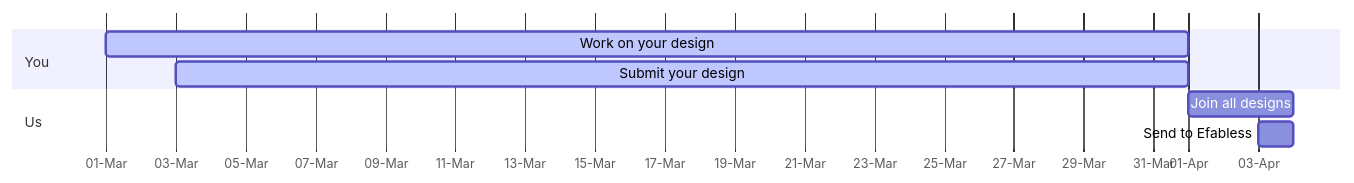
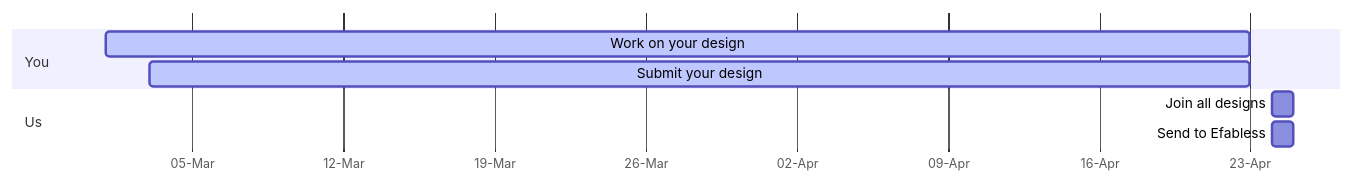
The diagram in content/_index.en.md (TinyTapeout/tinytapeout_www), drawn with Mermaid before and after one commit. The commit also changed 1 other file, not shown here.

Commit message:
update date and link from success page

```diff
--- a/content/_index.en.md
+++ b/content/_index.en.md
@@ -19,12 +19,12 @@
 {{<mermaid>}}
 gantt
         dateFormat  YYYY-MM-DD
         axisFormat %d-%b
         section You
-        Work on your design       :   active,2023-03-01,2023-04-01
-        Submit your design        :   active,2023-03-03,2023-04-01
+        Work on your design       :   active,2023-03-01,2023-04-23
+        Submit your design        :   active,2023-03-03,2023-04-23
         
         section Us
-        Join all designs          :   2023-04-01, 3d
-        Send to Efabless          :   2023-04-03, 1d
+        Join all designs          :   2023-04-24, 1d
+        Send to Efabless          :   2023-04-24, 1d
 {{</mermaid>}}
```
